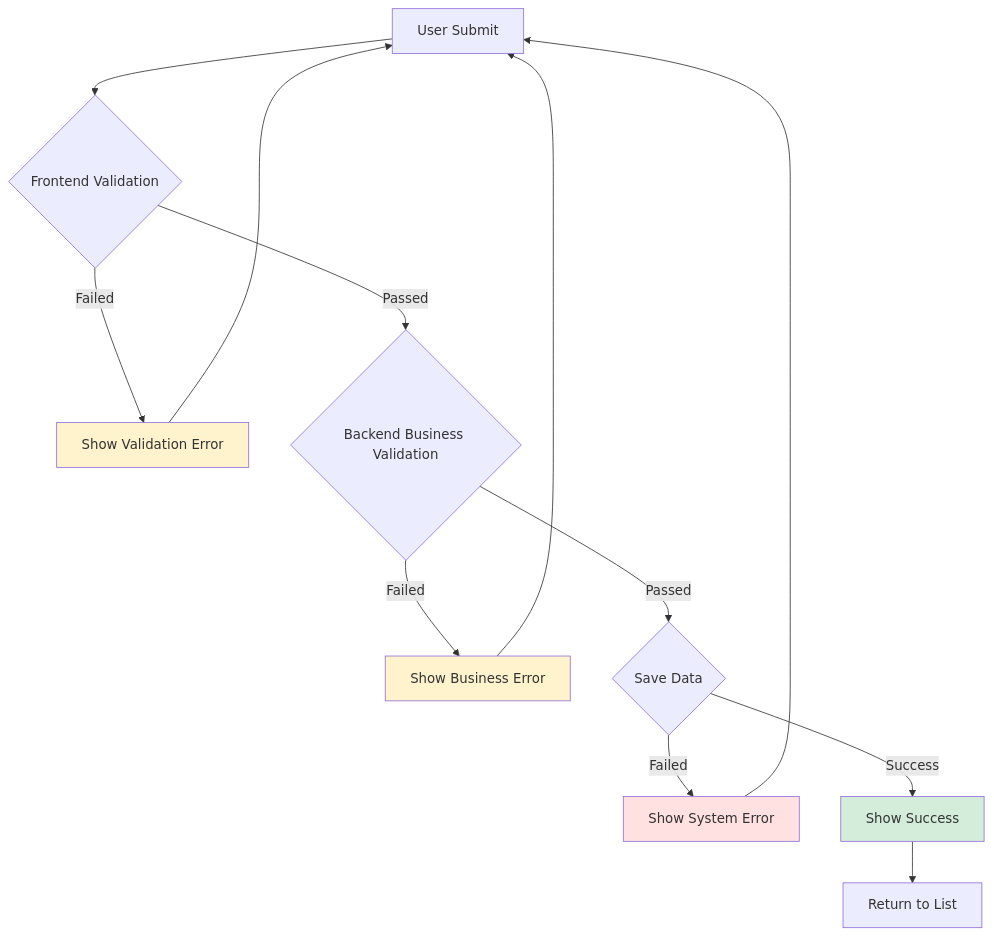
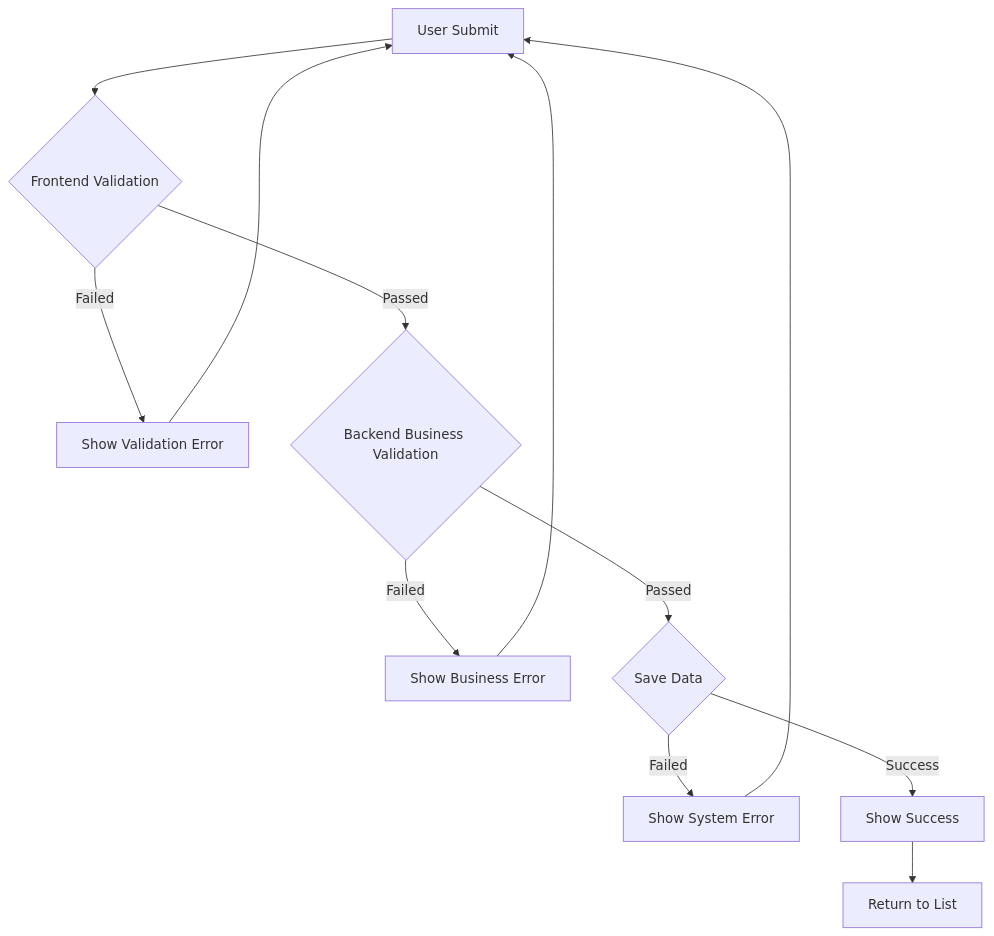
One commit to charlesmu99/speccrew changed the second of 3 diagrams in .speccrew/skills/speccrew-knowledge-module-analyze/templates/FEATURE-DETAIL-TEMPLATE.md. Above: the diagram before and after it, drawn with Mermaid. The commit also changed other lines of this file and 9 other files, not shown here.

First line of the commit message:
feat(knowledge-skills): enhance documentation templates with source traceability and Mermaid compatibility

````diff
--- a/.speccrew/skills/speccrew-knowledge-module-analyze/templates/FEATURE-DETAIL-TEMPLATE.md
+++ b/.speccrew/skills/speccrew-knowledge-module-analyze/templates/FEATURE-DETAIL-TEMPLATE.md
@@ -196,25 +204,20 @@
 ```mermaid
 flowchart TD
     Submit[User Submit] --> Frontend{Frontend Validation}
     
     Frontend -->|Failed| FEError[Show Validation Error]
     FEError --> Submit
     
     Frontend -->|Passed| Backend{Backend Business Validation}
     
     Backend -->|Failed| BEError[Show Business Error]
     BEError --> Submit
     
     Backend -->|Passed| Save{Save Data}
     
     Save -->|Failed| DBError[Show System Error]
     DBError --> Submit
     
     Save -->|Success| Success[Show Success]
     Success --> List[Return to List]
-    
-    style FEError fill:#fff3cd
-    style BEError fill:#fff3cd
-    style DBError fill:#ffe1e1
-    style Success fill:#d4edda
 ```
````
